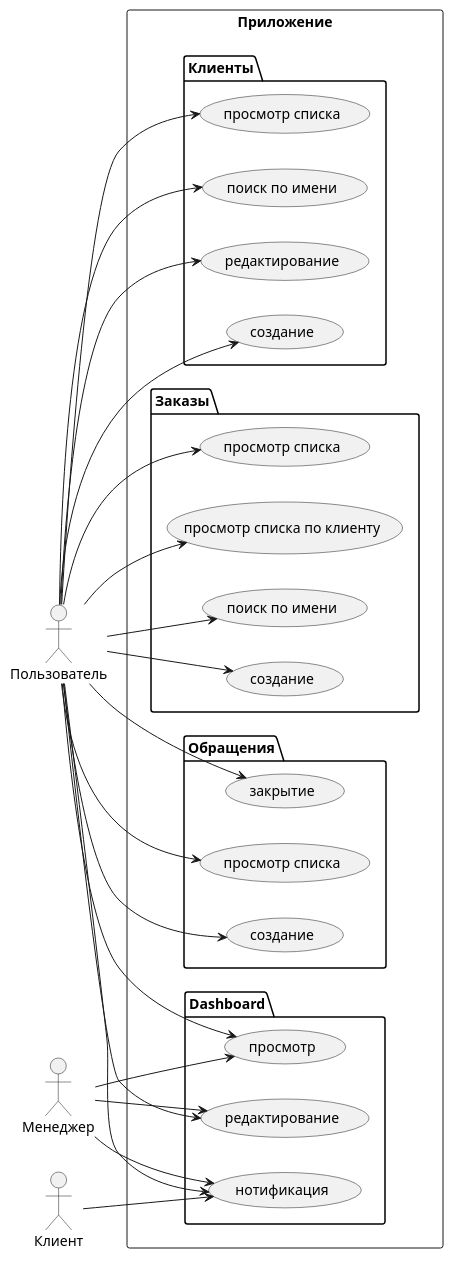
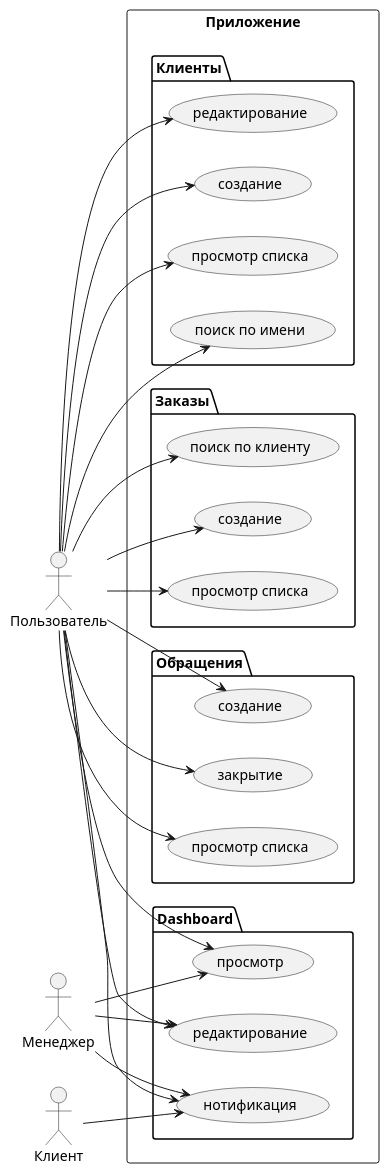
One commit to theotheo46/gb changed the diagram in use_case.puml. Above: the diagram before and after it, drawn with PlantUML.

```diff
--- a/use_case.puml
+++ b/use_case.puml
@@ -1,48 +1,48 @@
 @startuml
 left to right direction
 "Пользователь" as User
 "Менеджер" as Manager
 "Клиент" as Client
 rectangle  Приложение as Application {
   package Клиенты as Clients {
     usecase "просмотр списка" as uc_client_list
     usecase "поиск по имени" as uc_client_find
     usecase "редактирование" as uc_client_edit
     usecase "создание" as uc_client_add
   }
   package Заказы as Orders {
     usecase "просмотр списка" as uc_order_list
-    usecase "просмотр списка по клиенту" as uc_order_by_client_list
-    usecase "поиск по имени" as uc_order_find
+'    usecase "просмотр списка по клиенту" as uc_order_by_client_list
+    usecase "поиск по клиенту" as uc_order_find
     usecase "создание" as uc_order_add
   }
   package Обращения as ServiceRequests {
     usecase "просмотр списка" as uc_ser_req_list
     usecase "создание" as uc_ser_req_add
     usecase "закрытие" as uc_ser_req_close
   }
   package Dashboard {
     usecase "просмотр" as uc_dashboard_show
     usecase "редактирование" as uc_dashboard_edit
     usecase "нотификация" as uc_dashboard_notify
   }
 }
 User --> uc_client_list
 User --> uc_client_find
 User --> uc_client_edit
 User --> uc_client_add
 User --> uc_order_list
-User --> uc_order_by_client_list
+' User --> uc_order_by_client_list
 User --> uc_order_find
 User --> uc_order_add
 User --> uc_ser_req_list
 User --> uc_ser_req_add
 User --> uc_ser_req_close
 User --> uc_dashboard_show
 User --> uc_dashboard_edit
 User --> uc_dashboard_notify
 Manager --> uc_dashboard_show
 Manager --> uc_dashboard_edit
 Manager --> uc_dashboard_notify
 Client --> uc_dashboard_notify
 @enduml
```
